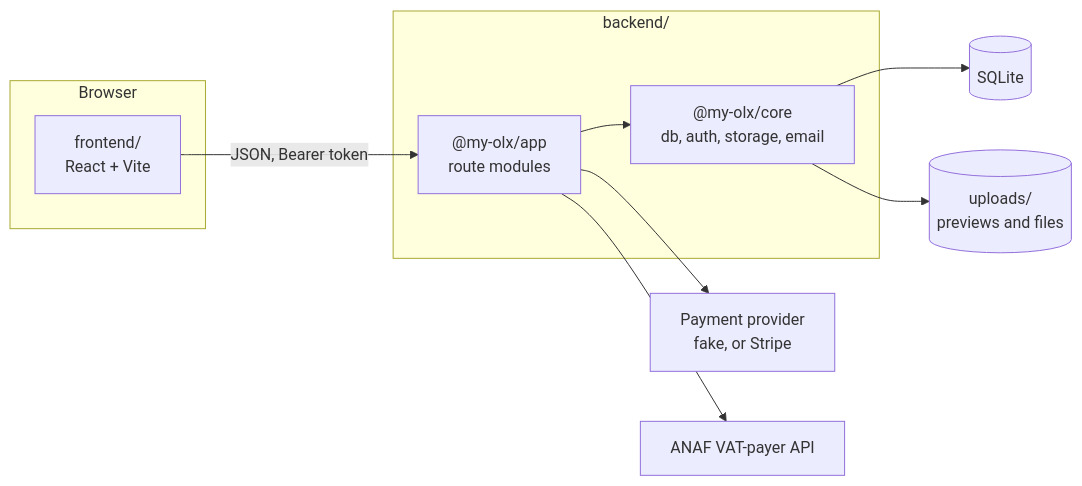
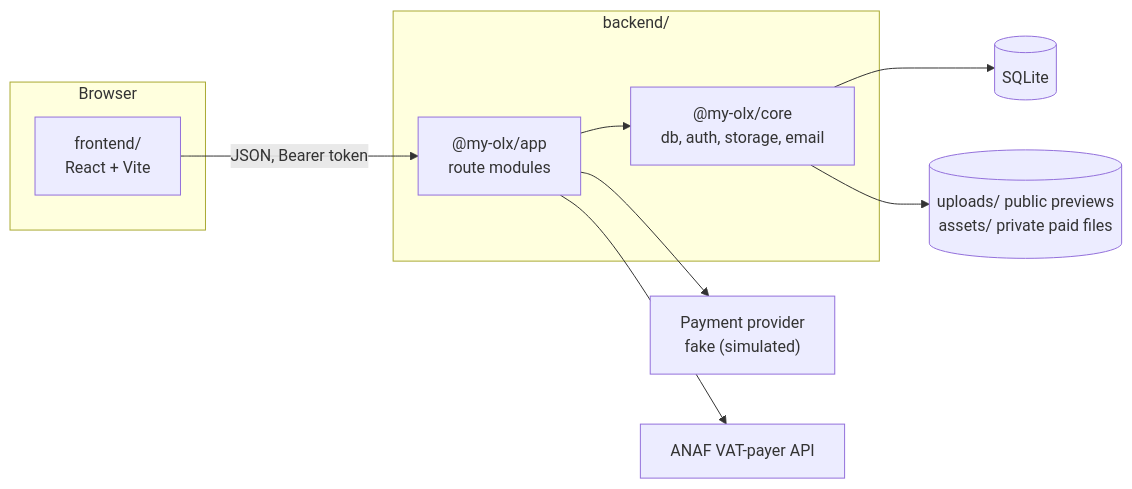
One commit to gandolh/comercial-website changed the diagram in docs/architecture.md. Above: the diagram before and after it, drawn with Mermaid. The commit also changed 7 other files, not shown here.

First line of the commit message:
feat(orders): payments are simulated only; remove Stripe and the payment webhook

````diff
--- a/docs/architecture.md
+++ b/docs/architecture.md
@@ -16,20 +16,20 @@
 ```mermaid
 flowchart LR
   subgraph browser["Browser"]
     web["frontend/<br/>React + Vite"]
   end
   subgraph api["backend/"]
     app["@my-olx/app<br/>route modules"]
     core["@my-olx/core<br/>db, auth, storage, email"]
   end
   db[("SQLite")]
-  disk[("uploads/<br/>previews and files")]
-  psp["Payment provider<br/>fake, or Stripe"]
+  disk[("uploads/ public previews<br/>assets/ private paid files")]
+  psp["Payment provider<br/>fake (simulated)"]
   anaf["ANAF VAT-payer API"]
   web -- "JSON, Bearer token" --> app
   app --> core
   core --> db
   core --> disk
   app --> psp
   app --> anaf
 ```
````
